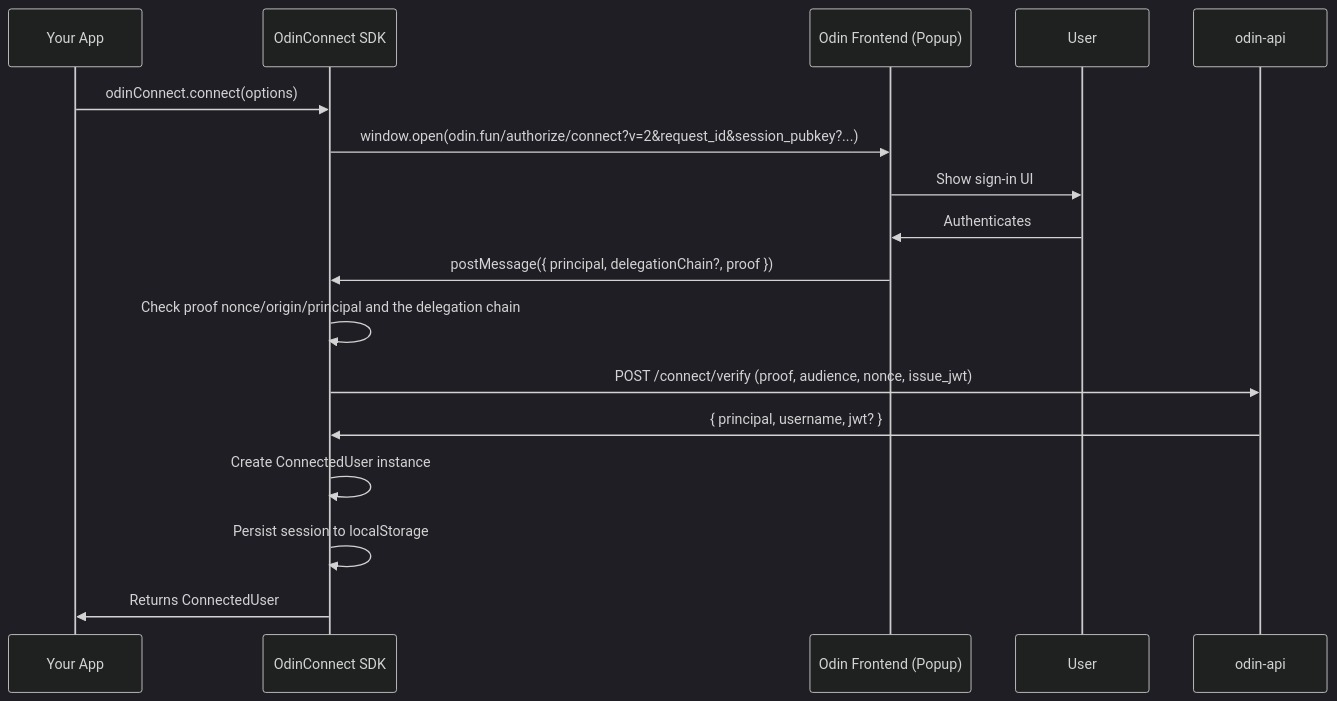
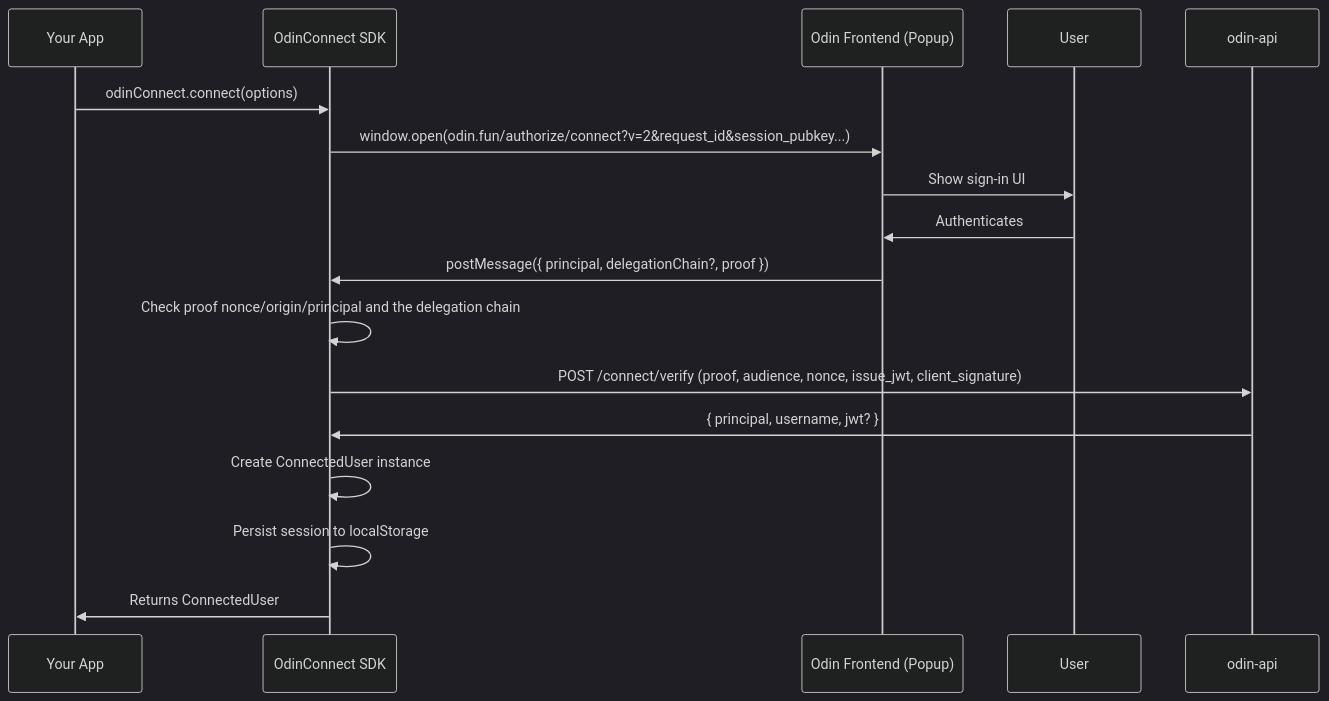
Before and after one commit to Toniq-Labs/odin-connect: the second of 4 diagrams in readme.md, drawn with Mermaid (dark theme). The commit also changed other lines of this file and 7 other files, not shown here.

First line of the commit message:
feat[86akr9uzx]: bind connect verification to the session key

````diff
--- a/readme.md
+++ b/readme.md
@@ -85,21 +85,21 @@
 ```mermaid
 sequenceDiagram
     participant App as Your App
     participant SDK as OdinConnect SDK
     participant Popup as Odin Frontend (Popup)
     participant User as User
 
     participant API as odin-api
 
     App->>SDK: odinConnect.connect(options)
-    SDK->>Popup: window.open(odin.fun/authorize/connect?v=2&request_id&session_pubkey?...)
+    SDK->>Popup: window.open(odin.fun/authorize/connect?v=2&request_id&session_pubkey...)
     Popup->>User: Show sign-in UI
     User->>Popup: Authenticates
     Popup->>SDK: postMessage({ principal, delegationChain?, proof })
     SDK->>SDK: Check proof nonce/origin/principal and the delegation chain
-    SDK->>API: POST /connect/verify (proof, audience, nonce, issue_jwt)
+    SDK->>API: POST /connect/verify (proof, audience, nonce, issue_jwt, client_signature)
     API->>SDK: { principal, username, jwt? }
     SDK->>SDK: Create ConnectedUser instance
     SDK->>SDK: Persist session to localStorage
     SDK->>App: Returns ConnectedUser
 ```
````
